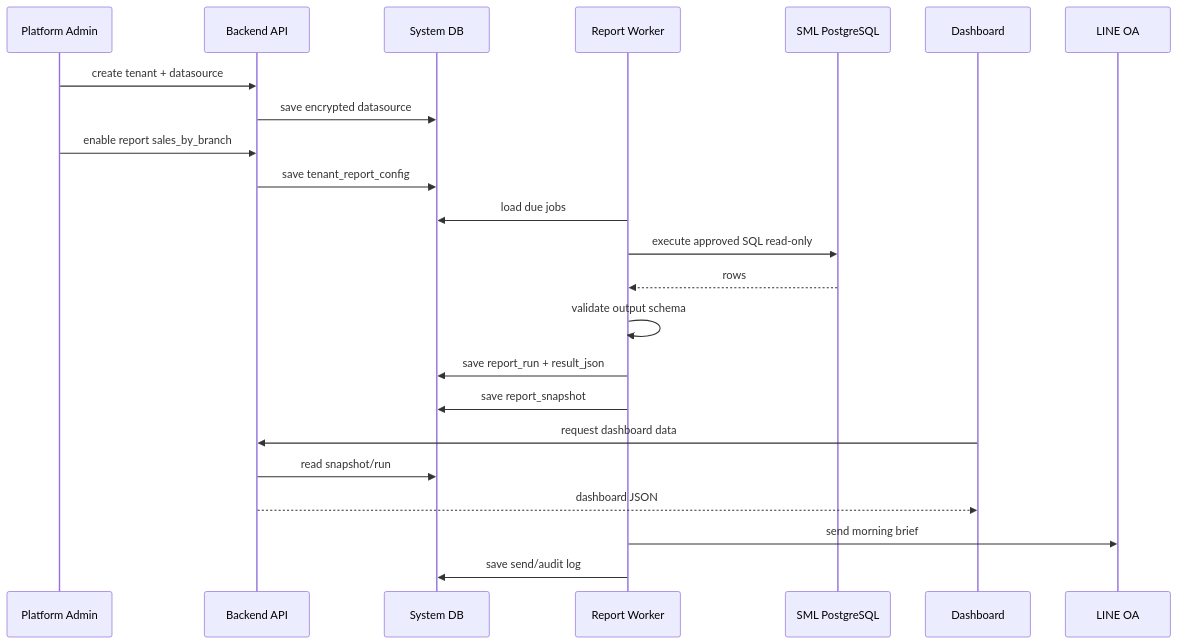
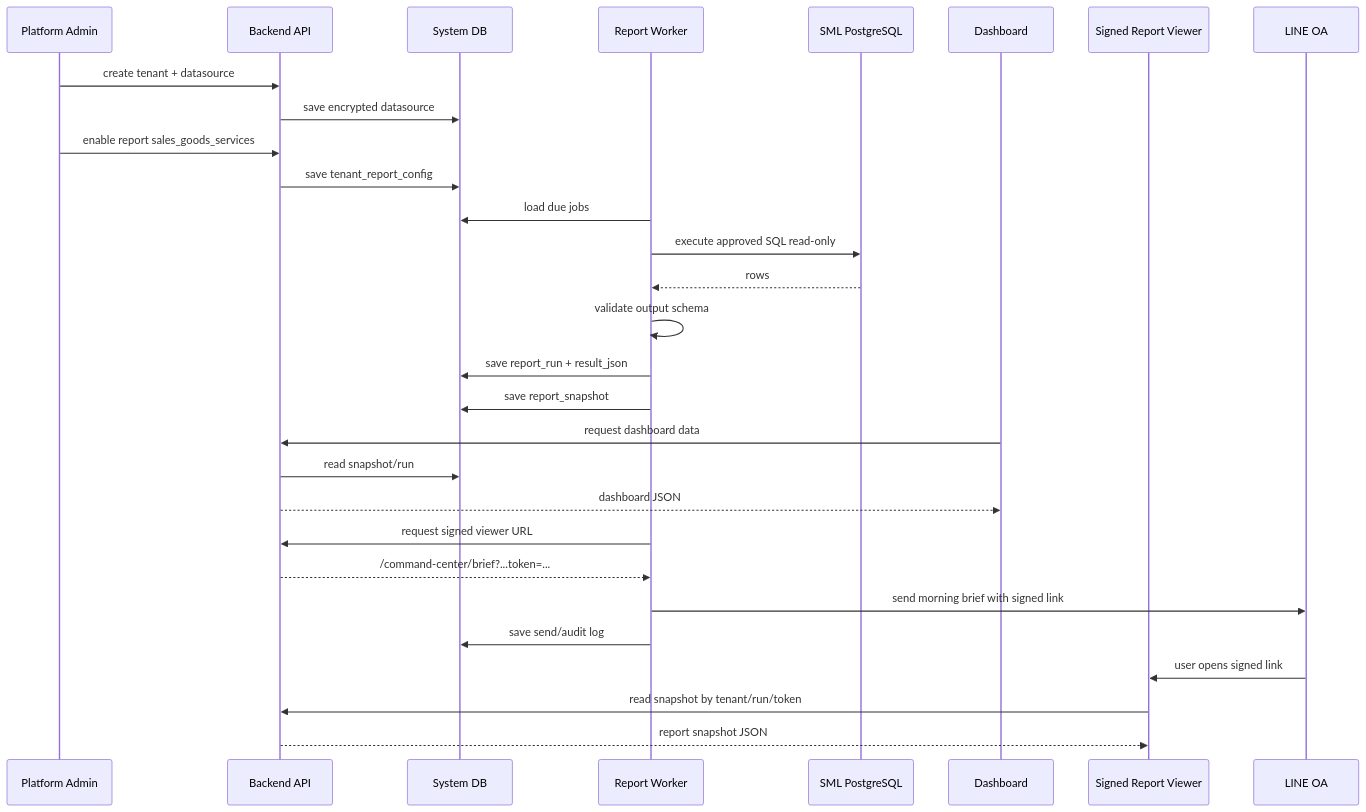
One commit to bosocmputer/ai-business-command-center changed the first of 2 diagrams in docs/03_DATA_FLOW_TH.md. Above: the diagram before and after it, drawn with Mermaid. The commit also changed other lines of this file and 16 other files, not shown here.

````diff
--- a/docs/03_DATA_FLOW_TH.md
+++ b/docs/03_DATA_FLOW_TH.md
@@ -9,26 +9,32 @@
 ```mermaid
 sequenceDiagram
     participant Admin as Platform Admin
     participant API as Backend API
     participant DB as System DB
     participant Worker as Report Worker
     participant SML as SML PostgreSQL
     participant Web as Dashboard
+    participant Brief as Signed Report Viewer
     participant LINE as LINE OA
 
     Admin->>API: create tenant + datasource
     API->>DB: save encrypted datasource
-    Admin->>API: enable report sales_by_branch
+    Admin->>API: enable report sales_goods_services
     API->>DB: save tenant_report_config
     Worker->>DB: load due jobs
     Worker->>SML: execute approved SQL read-only
     SML-->>Worker: rows
     Worker->>Worker: validate output schema
     Worker->>DB: save report_run + result_json
     Worker->>DB: save report_snapshot
     Web->>API: request dashboard data
     API->>DB: read snapshot/run
     API-->>Web: dashboard JSON
-    Worker->>LINE: send morning brief
+    Worker->>API: request signed viewer URL
+    API-->>Worker: /command-center/brief?...token=...
+    Worker->>LINE: send morning brief with signed link
     Worker->>DB: save send/audit log
+    LINE->>Brief: user opens signed link
+    Brief->>API: read snapshot by tenant/run/token
+    API-->>Brief: report snapshot JSON
 ```
````
